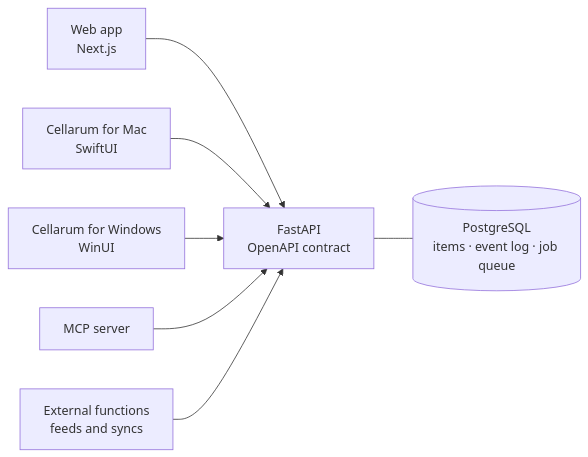
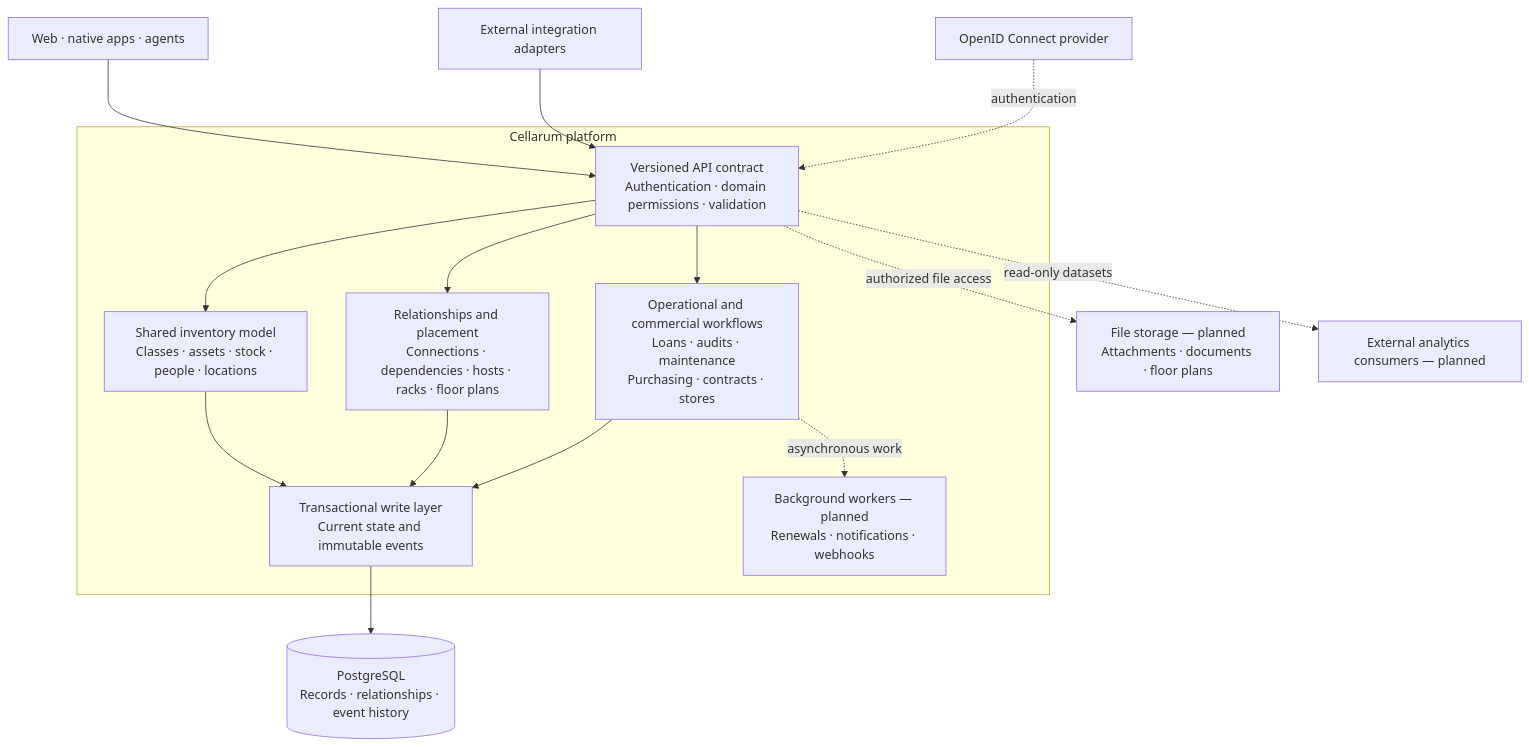
The diagram in profile/README.md (cellarum/.github), drawn with Mermaid before and after one commit. The commit also changed other lines of this file, not shown here.

Commit message:
Explain the full Cellarum platform architecture #11 (#12)

````diff
--- a/profile/README.md
+++ b/profile/README.md
@@ -36,9 +36,38 @@
 ```mermaid
-flowchart LR
-  W["Web app<br/>Next.js"] --> API
-  M["Cellarum for Mac<br/>SwiftUI"] --> API
-  N["Cellarum for Windows<br/>WinUI"] --> API
-  P["MCP server"] --> API
-  F["External functions<br/>feeds and syncs"] --> API
-  API["FastAPI<br/>OpenAPI contract"] --- DB[("PostgreSQL<br/>items · event log · job queue")]
+flowchart TB
+    Clients["Web · native apps · agents"]
+    Adapters["External integration adapters"]
+    Identity["OpenID Connect provider"]
+
+    subgraph Cellarum["Cellarum platform"]
+        API["Versioned API contract<br/>Authentication · domain permissions · validation"]
+
+        Model["Shared inventory model<br/>Classes · assets · stock · people · locations"]
+
+        Relationships["Relationships and placement<br/>Connections · dependencies · hosts · racks · floor plans"]
+
+        Workflows["Operational and commercial workflows<br/>Loans · audits · maintenance<br/>Purchasing · contracts · stores"]
+
+        History["Transactional write layer<br/>Current state and immutable events"]
+
+        Workers["Background workers — planned<br/>Renewals · notifications · webhooks"]
+    end
+
+    DB[("PostgreSQL<br/>Records · relationships · event history")]
+    Files["File storage — planned<br/>Attachments · documents · floor plans"]
+    Analytics["External analytics consumers — planned"]
+
+    Clients --> API
+    Adapters --> API
+    Identity -. authentication .-> API
+    API --> Model
+    API --> Relationships
+    API --> Workflows
+    Model --> History
+    Relationships --> History
+    Workflows --> History
+    History --> DB
+    Workflows -. asynchronous work .-> Workers
+    API -. authorized file access .-> Files
+    API -. read-only datasets .-> Analytics
 ```
````
